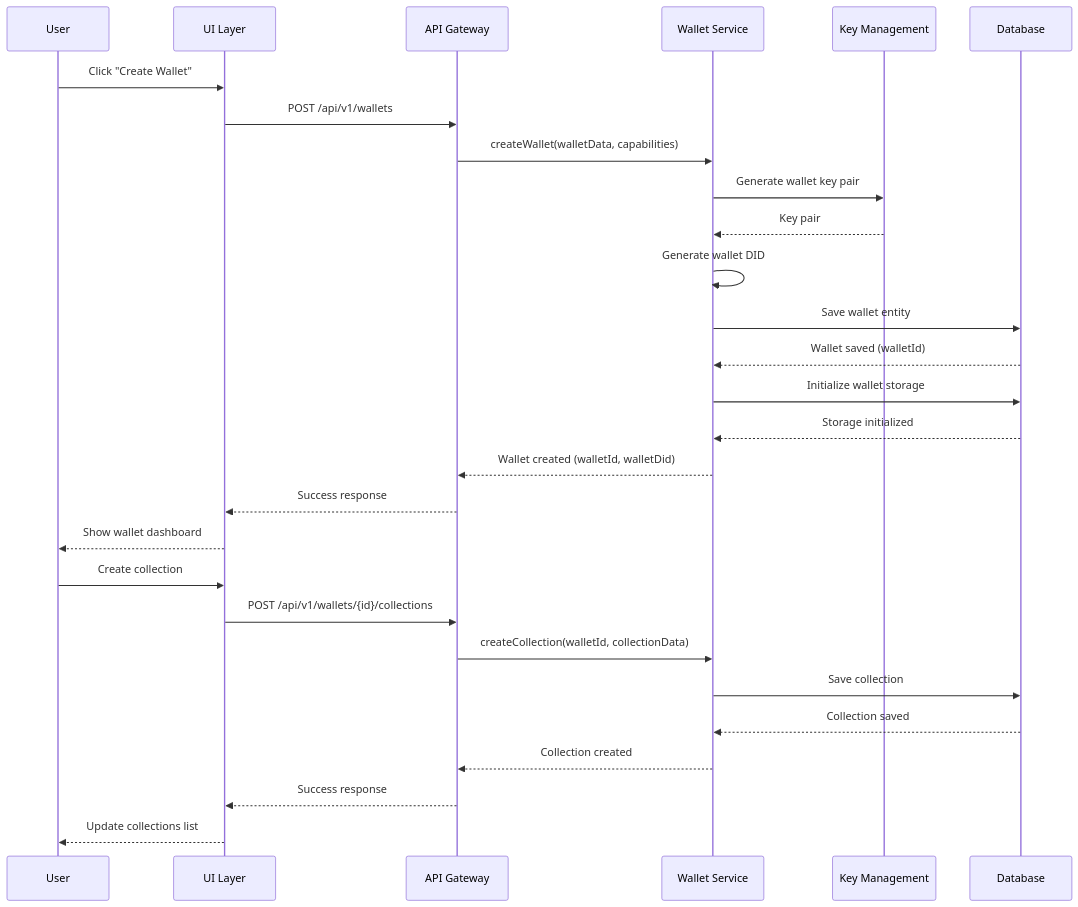
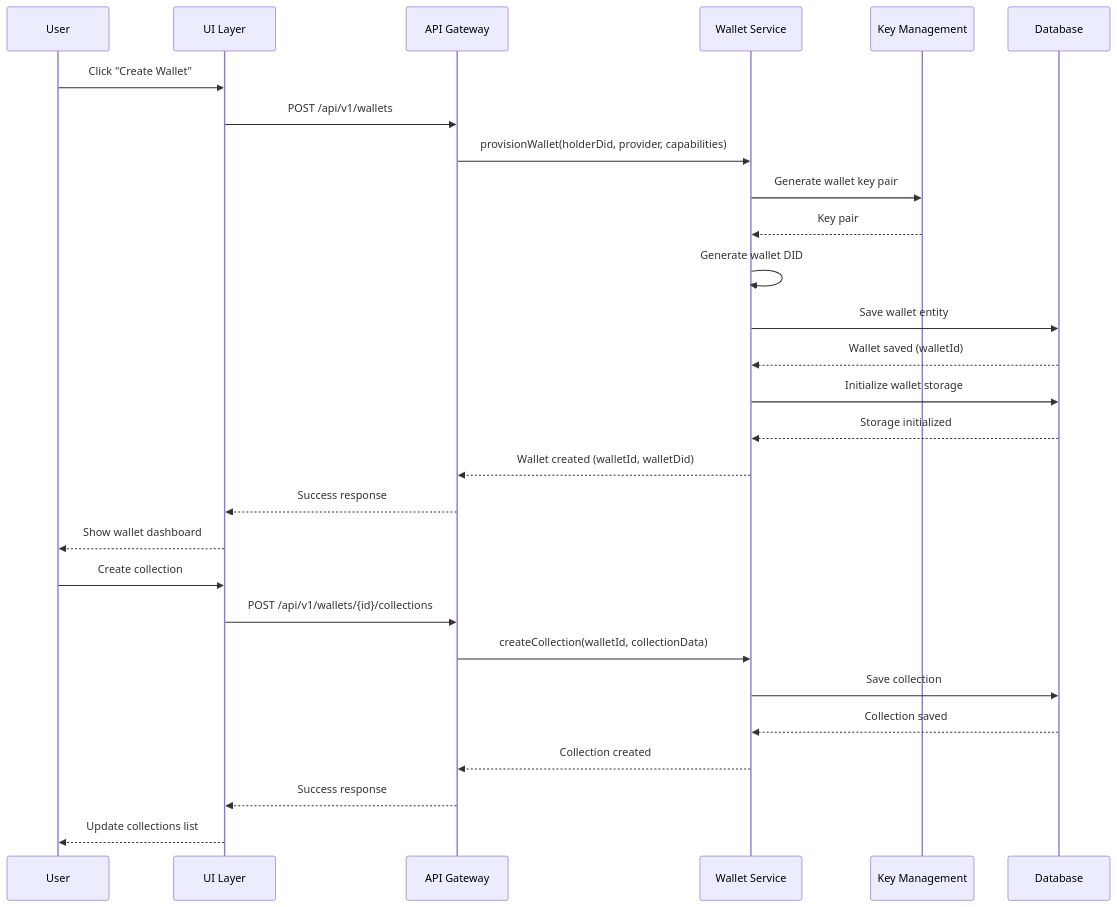
One commit to geoknoesis/trustweave changed the eighth of 12 diagrams in docs/ux/trusted-domain-ux-guide.md. Above: the diagram before and after it, drawn with Mermaid. The commit also changed 932 other files, not shown here.

First line of the commit message:
chore: sync API, DID stack, credentials, docs, and tests

````diff
--- a/docs/ux/trusted-domain-ux-guide.md
+++ b/docs/ux/trusted-domain-ux-guide.md
@@ -1401,36 +1401,36 @@
 ```mermaid
 sequenceDiagram
     participant U as User
     participant UI as UI Layer
     participant API as API Gateway
     participant WS as Wallet Service
     participant KMS as Key Management
     participant DB as Database
 
     U->>UI: Click "Create Wallet"
     UI->>API: POST /api/v1/wallets
 
-    API->>WS: createWallet(walletData, capabilities)
+    API->>WS: provisionWallet(holderDid, provider, capabilities)
     WS->>KMS: Generate wallet key pair
     KMS-->>WS: Key pair
 
     WS->>WS: Generate wallet DID
     WS->>DB: Save wallet entity
     DB-->>WS: Wallet saved (walletId)
 
     WS->>DB: Initialize wallet storage
     DB-->>WS: Storage initialized
 
     WS-->>API: Wallet created (walletId, walletDid)
     API-->>UI: Success response
     UI-->>U: Show wallet dashboard
 
     U->>UI: Create collection
     UI->>API: POST /api/v1/wallets/{id}/collections
     API->>WS: createCollection(walletId, collectionData)
     WS->>DB: Save collection
     DB-->>WS: Collection saved
     WS-->>API: Collection created
     API-->>UI: Success response
     UI-->>U: Update collections list
 ```
````
